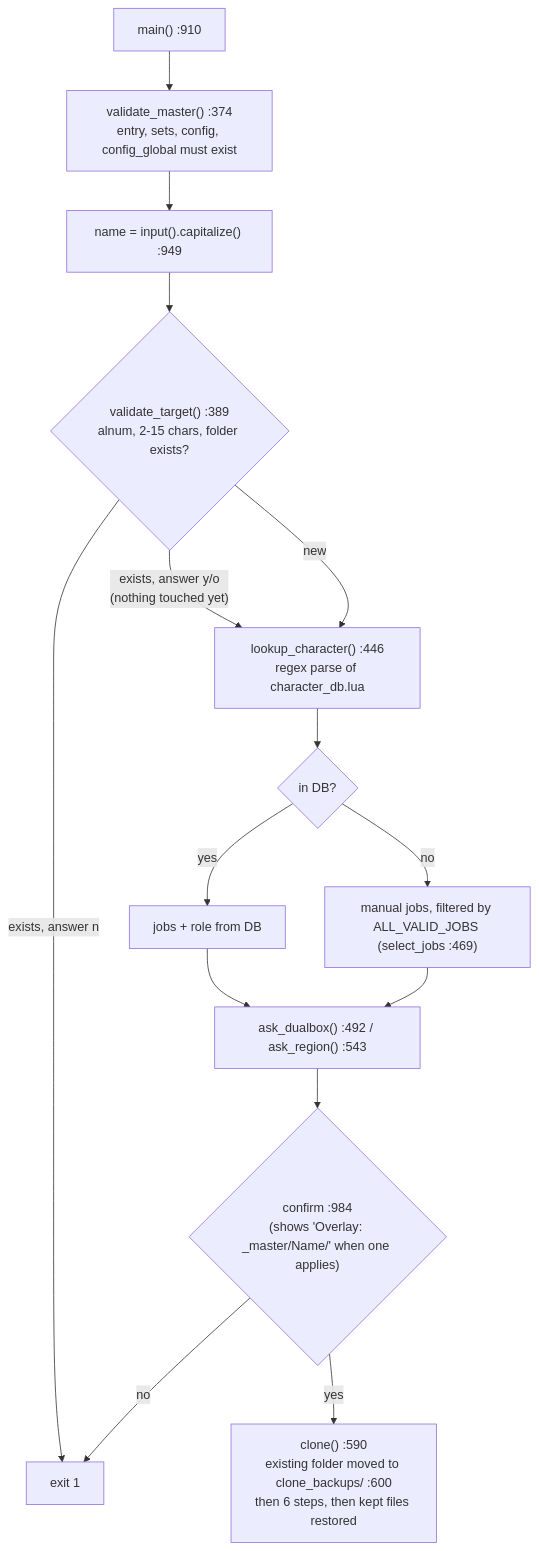
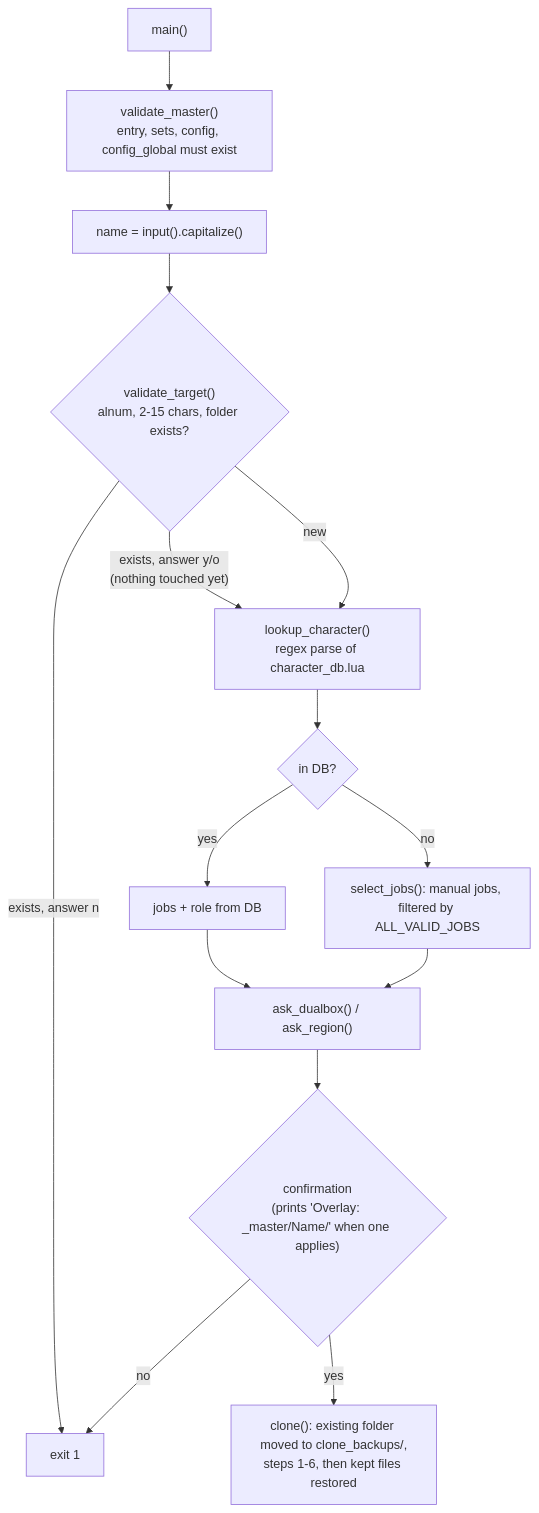
One commit to ejouanchicot/Gearswap changed the diagram in docs/dev/architecture/characters-and-templates.md. Above: the diagram before and after it, drawn with Mermaid. The commit also changed other lines of this file and 14 other files, not shown here.

First line of the commit message:
docs(dev): re-verify systems and architecture pages against the code

````diff
--- a/docs/dev/architecture/characters-and-templates.md
+++ b/docs/dev/architecture/characters-and-templates.md
@@ -69,17 +78,17 @@
 ```mermaid
 flowchart TD
-    A["main() :910"] --> B["validate_master() :374<br/>entry, sets, config, config_global must exist"]
-    B --> C["name = input().capitalize() :949"]
-    C --> D{"validate_target() :389<br/>alnum, 2-15 chars, folder exists?"}
-    D -- "exists, answer y/o<br/>(nothing touched yet)" --> F["lookup_character() :446<br/>regex parse of character_db.lua"]
+    A["main()"] --> B["validate_master()<br/>entry, sets, config, config_global must exist"]
+    B --> C["name = input().capitalize()"]
+    C --> D{"validate_target()<br/>alnum, 2-15 chars, folder exists?"}
+    D -- "exists, answer y/o<br/>(nothing touched yet)" --> F["lookup_character()<br/>regex parse of character_db.lua"]
     D -- "exists, answer n" --> X["exit 1"]
     D -- "new" --> F
     F --> G{"in DB?"}
     G -- yes --> H["jobs + role from DB"]
-    G -- no --> I["manual jobs, filtered by ALL_VALID_JOBS (select_jobs :469)"]
-    H --> J["ask_dualbox() :492 / ask_region() :543"]
+    G -- no --> I["select_jobs(): manual jobs, filtered by ALL_VALID_JOBS"]
+    H --> J["ask_dualbox() / ask_region()"]
     I --> J
-    J --> K{"confirm :984<br/>(shows 'Overlay: _master/Name/' when one applies)"}
+    J --> K{"confirmation<br/>(prints 'Overlay: _master/Name/' when one applies)"}
     K -- no --> X
-    K -- yes --> L["clone() :590<br/>existing folder moved to clone_backups/ :600<br/>then 6 steps, then kept files restored"]
+    K -- yes --> L["clone(): existing folder moved to clone_backups/,<br/>steps 1-6, then kept files restored"]
 ```
````
